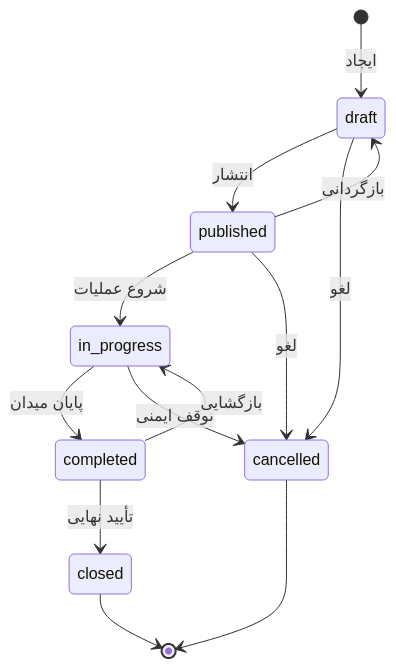
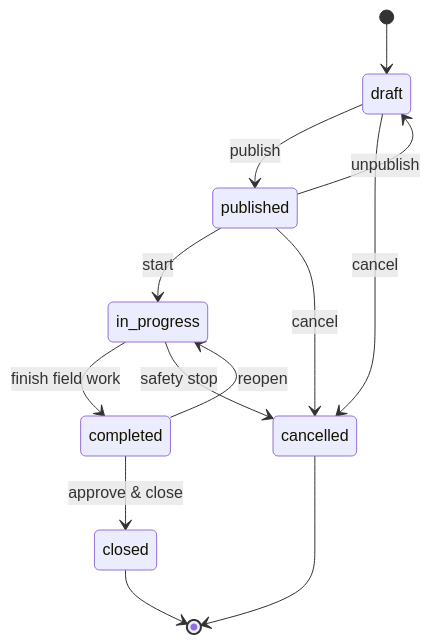
One commit to MehrabGholami/Panah changed the fifth of 7 diagrams in README.md. Above: the diagram before and after it, drawn with Mermaid. The commit also changed other lines of this file, not shown here.

Commit message:
Simplify README: English prose and native Mermaid architecture diagrams.

````diff
--- a/README.md
+++ b/README.md
@@ -215,15 +165,15 @@
 ```mermaid
 stateDiagram-v2
-    [*] --> draft: ایجاد
-    draft --> published: انتشار
-    draft --> cancelled: لغو
-    published --> draft: بازگردانی
-    published --> in_progress: شروع عملیات
-    published --> cancelled: لغو
-    in_progress --> completed: پایان میدان
-    in_progress --> cancelled: توقف ایمنی
-    completed --> closed: تأیید نهایی
-    completed --> in_progress: بازگشایی
+    [*] --> draft
+    draft --> published: publish
+    draft --> cancelled: cancel
+    published --> draft: unpublish
+    published --> in_progress: start
+    published --> cancelled: cancel
+    in_progress --> completed: finish field work
+    in_progress --> cancelled: safety stop
+    completed --> closed: approve & close
+    completed --> in_progress: reopen
     closed --> [*]
     cancelled --> [*]
 ```
````
